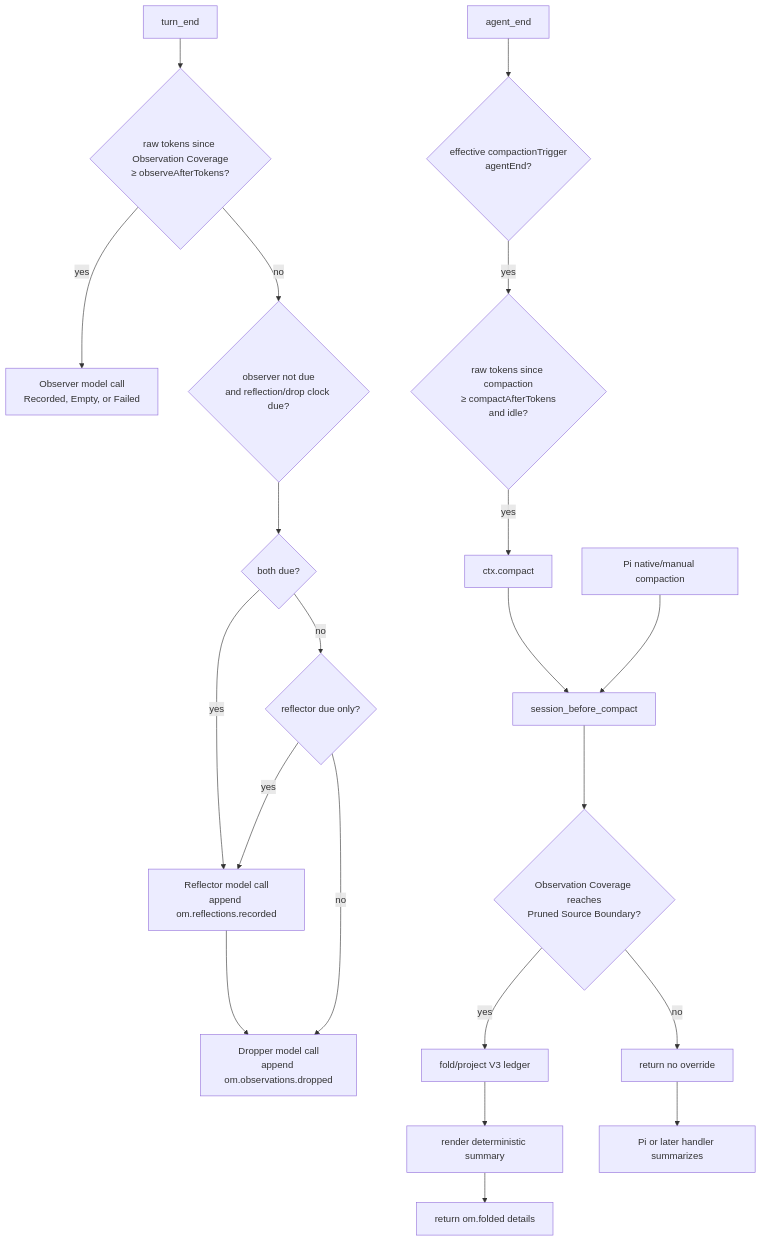
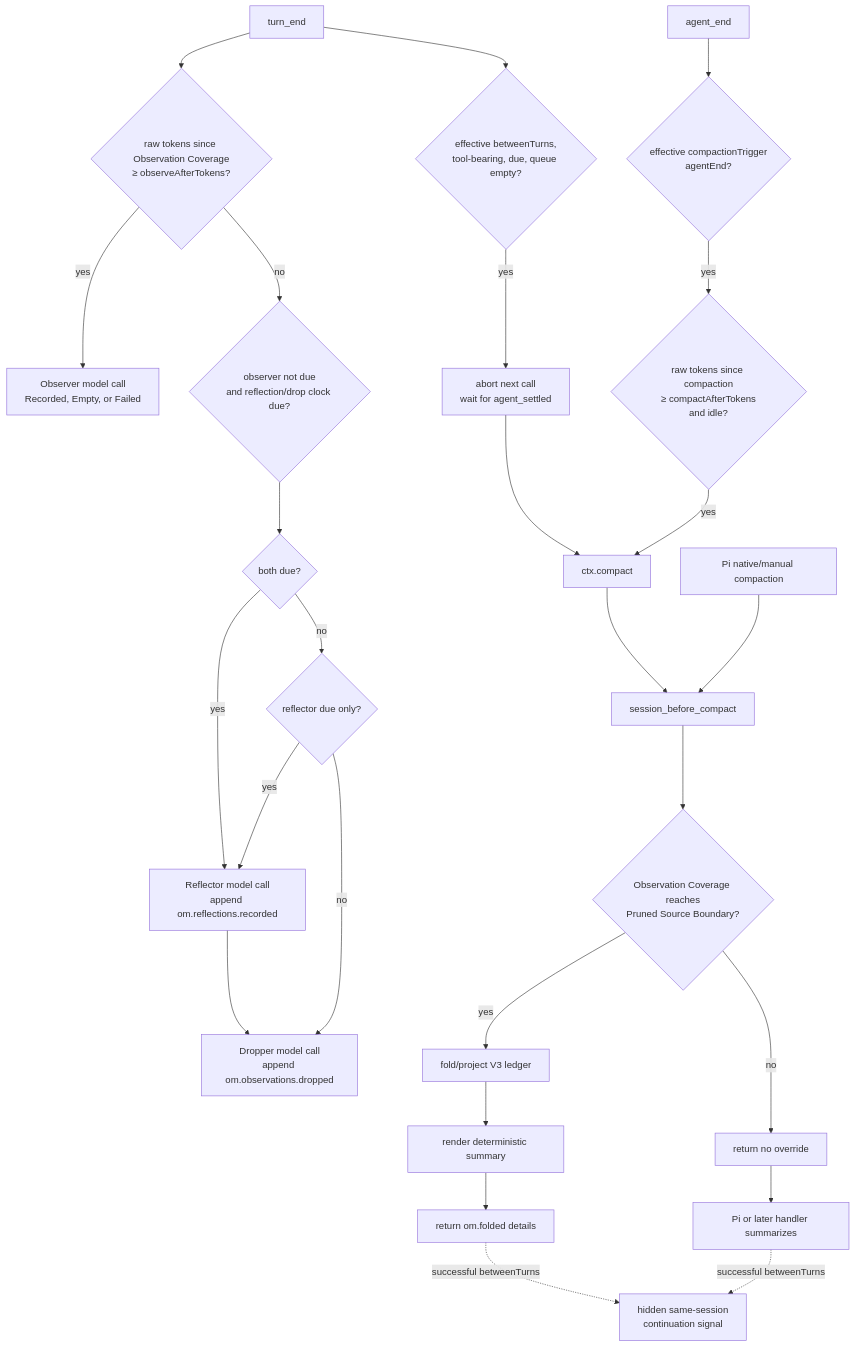
The diagram in docs/how-it-works.md (Whamp/pi-observational-memory), drawn with Mermaid before and after one commit. The commit also changed other lines of this file and 11 other files, not shown here.

Commit message:
Add between-turn compaction continuation (#10)

````diff
--- a/docs/how-it-works.md
+++ b/docs/how-it-works.md
@@ -23,45 +24,52 @@
 ```mermaid
 flowchart TD
     TE[turn_end]
     AE[agent_end]
     SBC[session_before_compact]
 
     ObsDue{raw tokens since Observation Coverage<br/>≥ observeAfterTokens?}
     Observer[Observer model call<br/>Recorded, Empty, or Failed]
 
     ReflectDropDue{observer not due<br/>and reflection/drop clock due?}
     BothDue{both due?}
     ReflectorOnly{reflector due only?}
     Reflector[Reflector model call<br/>append om.reflections.recorded]
     Dropper[Dropper model call<br/>append om.observations.dropped]
 
     TriggerMode{effective compactionTrigger<br/>agentEnd?}
     CompactDue{raw tokens since compaction<br/>≥ compactAfterTokens<br/>and idle?}
+    BetweenDue{effective betweenTurns,<br/>tool-bearing, due, queue empty?}
+    AbortSettle[abort next call<br/>wait for agent_settled]
     CompactCall[ctx.compact]
+    Continue[hidden same-session<br/>continuation signal]
     Native[Pi native/manual compaction]
 
     Authority{Observation Coverage reaches<br/>Pruned Source Boundary?}
     Fold[fold/project V3 ledger]
     Render[render deterministic summary]
     Details[return om.folded details]
     Delegate[return no override]
     PiSummary[Pi or later handler summarizes]
 
     TE --> ObsDue
     ObsDue -- yes --> Observer
     ObsDue -- no --> ReflectDropDue
     ReflectDropDue --> BothDue
     BothDue -- yes --> Reflector --> Dropper
     BothDue -- no --> ReflectorOnly
     ReflectorOnly -- yes --> Reflector
     ReflectorOnly -- no --> Dropper
 
     AE --> TriggerMode
     TriggerMode -- yes --> CompactDue
     CompactDue -- yes --> CompactCall
+    TE --> BetweenDue
+    BetweenDue -- yes --> AbortSettle --> CompactCall
     CompactCall --> SBC
     Native --> SBC
     SBC --> Authority
     Authority -- yes --> Fold --> Render --> Details
     Authority -- no --> Delegate --> PiSummary
+    Details -. successful betweenTurns .-> Continue
+    PiSummary -. successful betweenTurns .-> Continue
 ```
````
